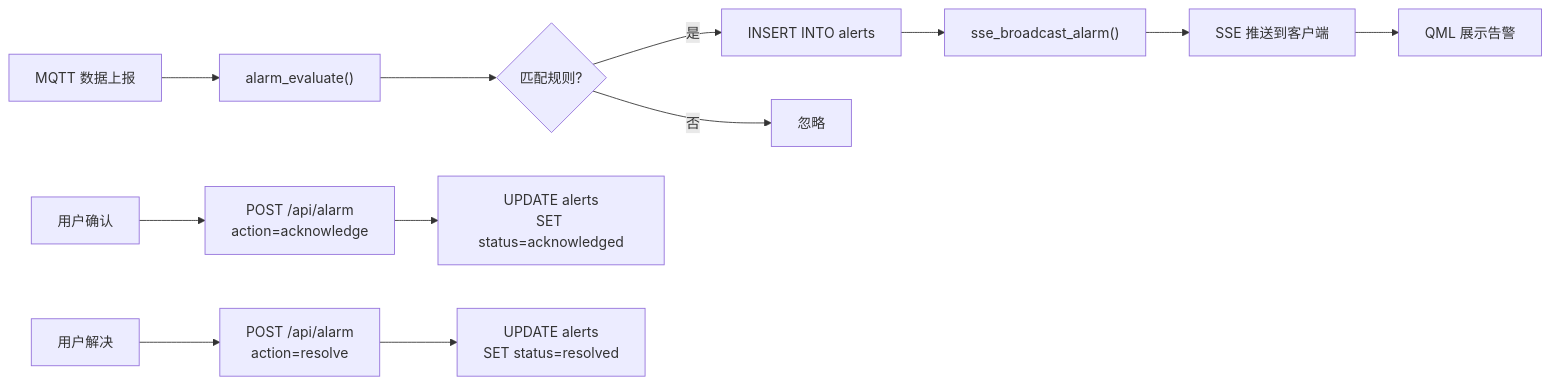
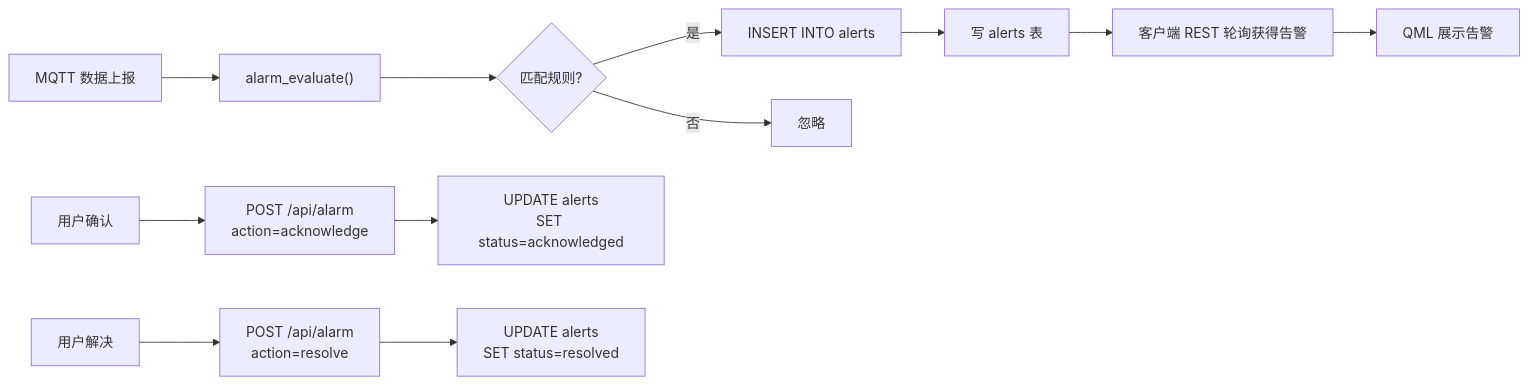
One commit to Lab0x-Embedded/iotsystem changed the fourth of 8 diagrams in docs/E2_架构图集.md. Above: the diagram before and after it, drawn with Mermaid. The commit also changed other lines of this file and 6 other files, not shown here.

Commit message:
docs: 全量对齐当前实现 — MQTT 协议 v3(白名单/OneJSON/踢线/QoS1)、API 补 product/prop_*/query_latest、ER 补 product_properties、技术方案与架构图集移除虚构 SSE、新增 KNOWN_ISSUES 审计清单

````diff
--- a/docs/E2_架构图集.md
+++ b/docs/E2_架构图集.md
@@ -123,16 +120,16 @@
 ```mermaid
 flowchart LR
     A["MQTT 数据上报"] --> B["alarm_evaluate()"]
     B --> C{"匹配规则?"}
     C -->|是| D["INSERT INTO alerts"]
     C -->|否| E["忽略"]
-    D --> F["sse_broadcast_alarm()"]
-    F --> G["SSE 推送到客户端"]
+    D --> F["写 alerts 表"]
+    F --> G["客户端 REST 轮询获得告警"]
     G --> H["QML 展示告警"]
     
     I["用户确认"] --> J["POST /api/alarm<br/>action=acknowledge"]
     J --> K["UPDATE alerts<br/>SET status=acknowledged"]
     
     L["用户解决"] --> M["POST /api/alarm<br/>action=resolve"]
     M --> N["UPDATE alerts<br/>SET status=resolved"]
 ```
````
